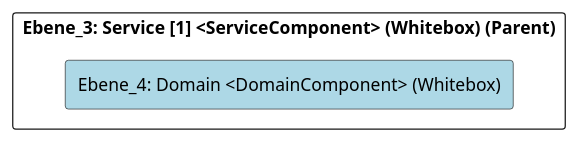
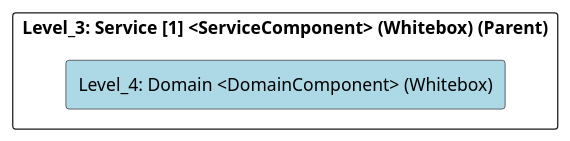
Before and after one commit to marcozwyssig/cleon: the diagram in src/cleon.architecturemethods.arc42.sample/doc/cleon_architecturemethods_arc42_sample_software_microservice/adoc/en/05_building_block_view/microservicesample/servicelayer/service_1/domain/level_4_domain.adoc, drawn with PlantUML. The commit also changed other lines of this file and 169 other files, not shown here.

```diff
--- a/src/cleon.architecturemethods.arc42.sample/doc/cleon_architecturemethods_arc42_sample_software_microservice/adoc/en/05_building_block_view/microservicesample/servicelayer/service_1/domain/level_4_domain.adoc
+++ b/src/cleon.architecturemethods.arc42.sample/doc/cleon_architecturemethods_arc42_sample_software_microservice/adoc/en/05_building_block_view/microservicesample/servicelayer/service_1/domain/level_4_domain.adoc
@@ -20,24 +20,24 @@
-[plantuml, Ebene_4: Domain <DomainComponent> (Whitebox)BlockOverview, format="svg"]
+[plantuml, Level_4: Domain <DomainComponent> (Whitebox)BlockOverview, format="svg"]
 ----
-@startuml Ebene_4: Domain <DomainComponent> (Whitebox)BuildingBlockOverview
+@startuml Level_4: Domain <DomainComponent> (Whitebox)BuildingBlockOverview
 
 skinparam ranksep 10
 skinparam componentStyle rectangle
 skinparam shadowing false
 skinparam arrowColor lightblue
 skinparam arrowThickness 1.2
 skinparam rectangle {
   BackgroundColor White
   BorderColor #333
   RoundCorner 10
 }
 top to bottom direction
 
-component "Ebene_3: Service [1] <ServiceComponent> (Whitebox) (Parent)" {
-    component "Ebene_4: Domain <DomainComponent> (Whitebox)" #lightblue {
+component "Level_3: Service [1] <ServiceComponent> (Whitebox) (Parent)" {
+    component "Level_4: Domain <DomainComponent> (Whitebox)" #lightblue {
     }
 
 }
 
 @enduml
 ----
```
